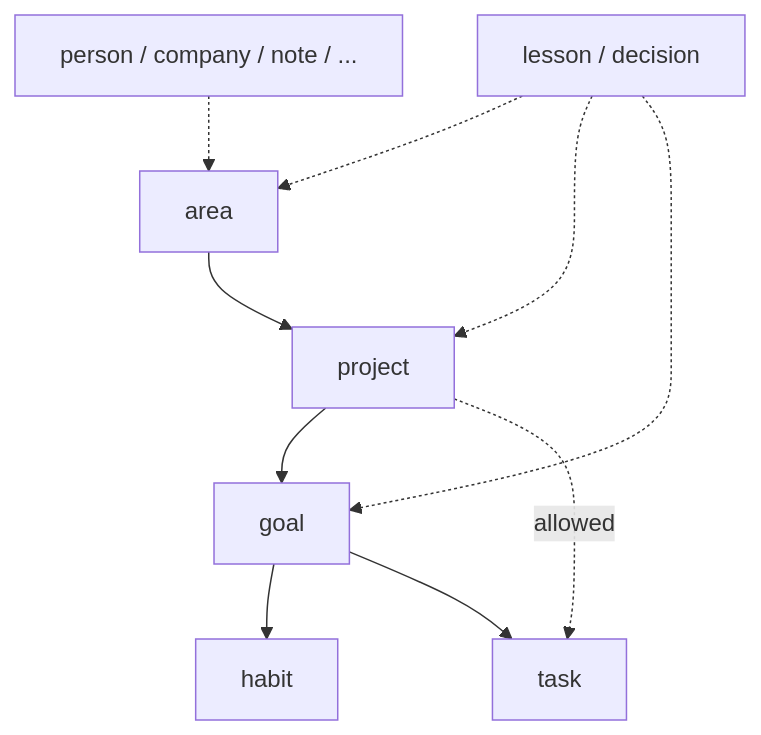
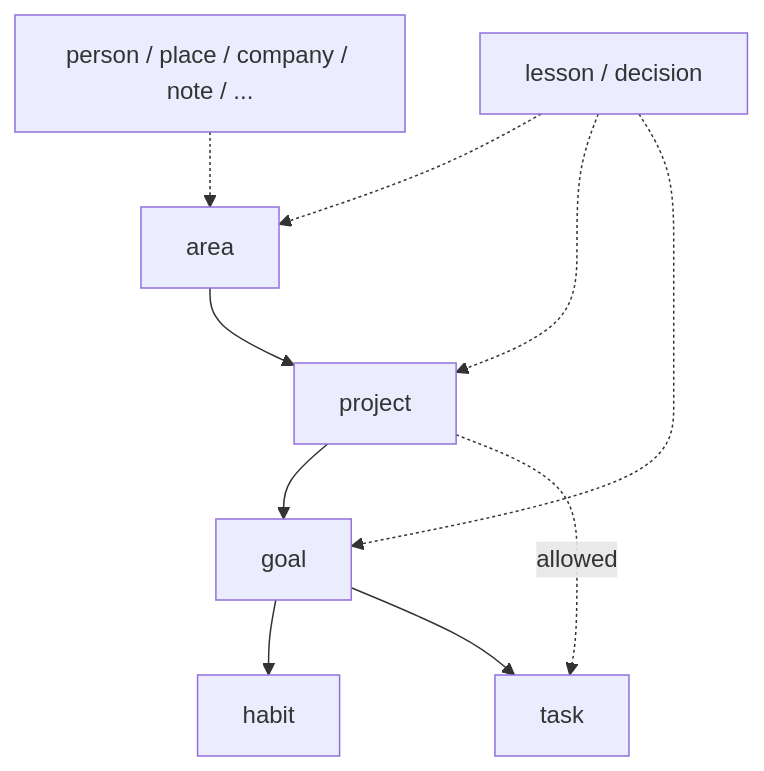
One commit to dgraziosi/foundation changed the fourth of 10 diagrams in docs/ARCHITECTURE.md. Above: the diagram before and after it, drawn with Mermaid. The commit also changed other lines of this file and 7 other files, not shown here.

````diff
--- a/docs/ARCHITECTURE.md
+++ b/docs/ARCHITECTURE.md
@@ -90,22 +92,22 @@
 ```mermaid
 flowchart TB
   area["area"]
   project["project"]
   goal["goal"]
   habit["habit"]
   task["task"]
 
   area --> project
   project --> goal
   goal --> habit
   goal --> task
   project -.->|"allowed"| task
 
   hang["lesson / decision"]
   hang -.-> area
   hang -.-> project
   hang -.-> goal
 
-  beside["person / company / note / ..."]
+  beside["person / place / company / note / ..."]
   beside -.-> area
 ```
````
